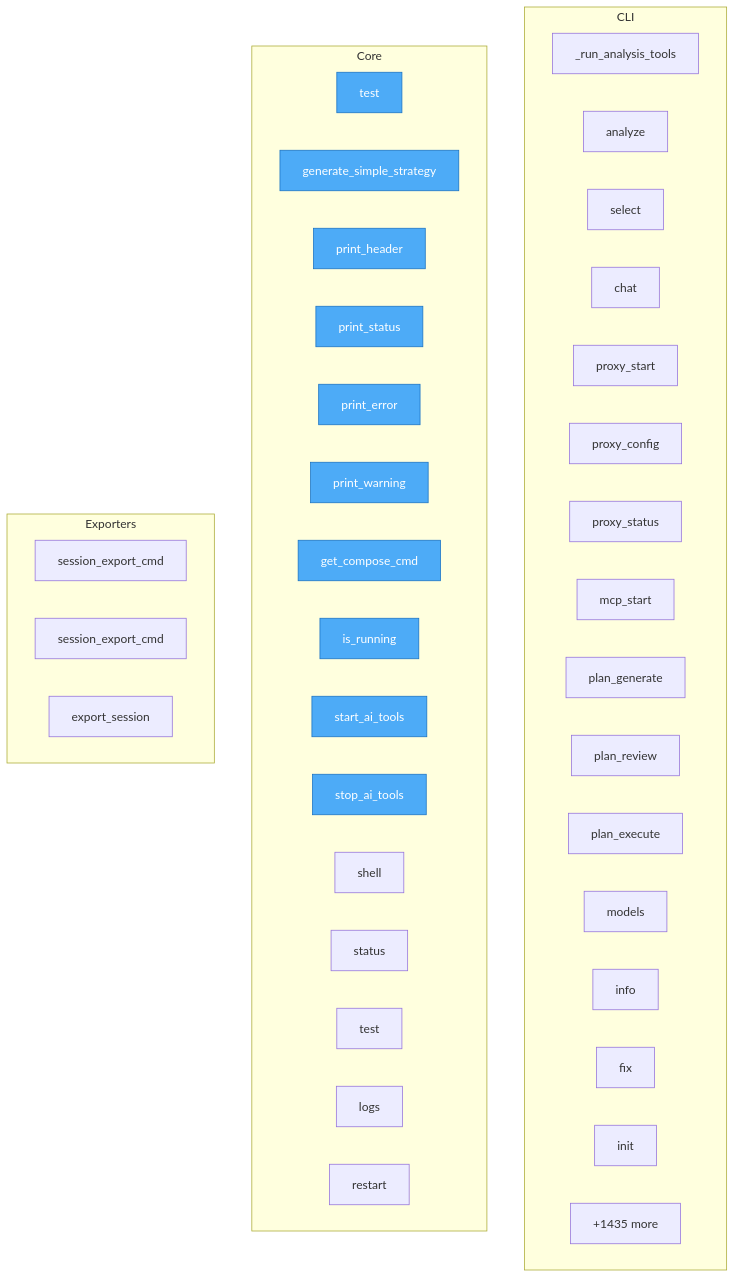
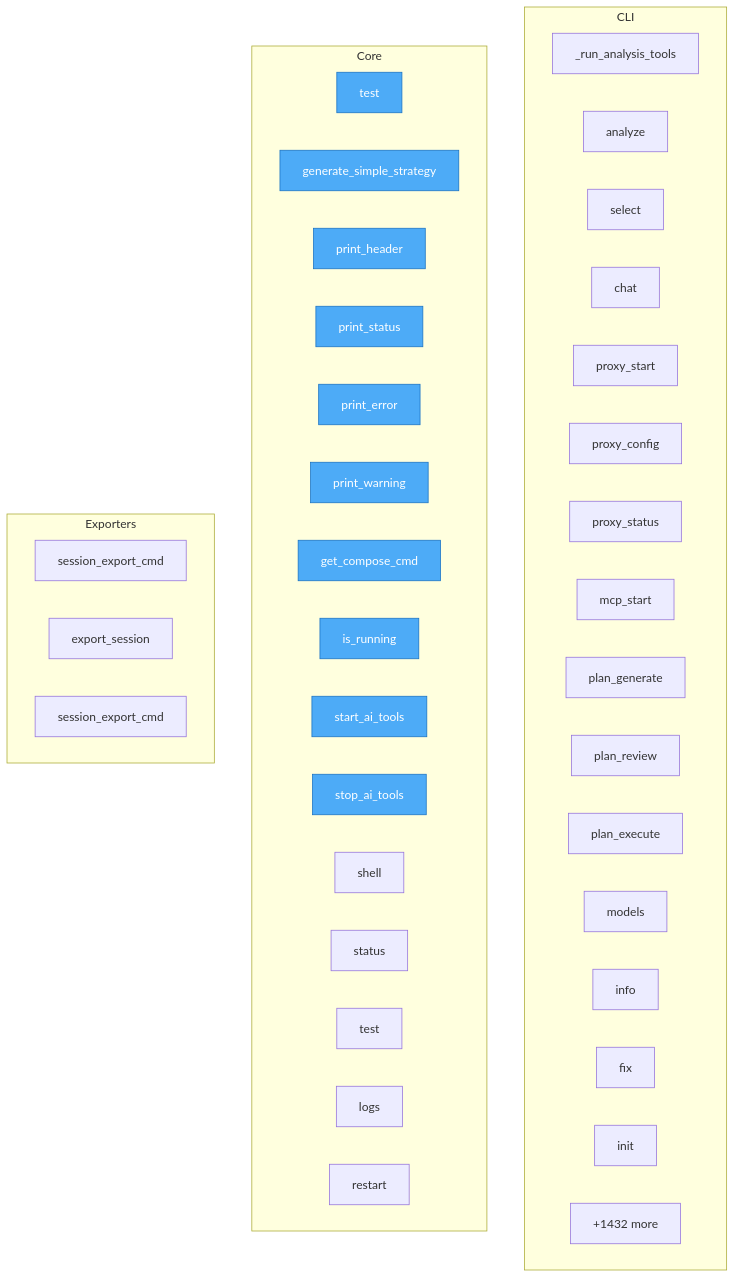
Before and after one commit to semcod/llx: the diagram in project/flow.mmd, drawn with Mermaid. The commit also changed 33 other files, not shown here.

```diff
--- a/project/flow.mmd
+++ b/project/flow.mmd
@@ -1,50 +1,50 @@
 flowchart TD
 
     %% Entry points (blue)
     classDef entry fill:#4dabf7,stroke:#1971c2,color:#fff
 
     subgraph CLI
         llx__cli__app___run_analysis_tools["_run_analysis_tools"]
         llx__cli__app__analyze["analyze"]
         llx__cli__app__select["select"]
         llx__cli__app__chat["chat"]
         llx__cli__app__proxy_start["proxy_start"]
         llx__cli__app__proxy_config["proxy_config"]
         llx__cli__app__proxy_status["proxy_status"]
         llx__cli__app__mcp_start["mcp_start"]
         llx__cli__app__plan_generate["plan_generate"]
         llx__cli__app__plan_review["plan_review"]
         llx__cli__app__plan_execute["plan_execute"]
         llx__cli__app__models["models"]
         llx__cli__app__info["info"]
         llx__cli__app__fix["fix"]
         llx__cli__app__init["init"]
         ...["+23 more"]
     end
 
     subgraph Core
         trace__test["test"]
         simple_generate__generate_simple_strategy["generate_simple_strategy"]
         ai_tools_manage__print_header["print_header"]
         ai_tools_manage__print_status["print_status"]
         ai_tools_manage__print_error["print_error"]
         ai_tools_manage__print_warning["print_warning"]
         ai_tools_manage__get_compose_cmd["get_compose_cmd"]
         ai_tools_manage__is_running["is_running"]
         ai_tools_manage__start_ai_tools["start_ai_tools"]
         ai_tools_manage__stop_ai_tools["stop_ai_tools"]
         ai_tools_manage__shell["shell"]
         ai_tools_manage__status["status"]
         ai_tools_manage__test["test"]
         ai_tools_manage__logs["logs"]
         ai_tools_manage__restart["restart"]
-        ...["+1435 more"]
+        ...["+1432 more"]
     end
 
     subgraph Exporters
-        project__map__toon__session_export_cmd["session_export_cmd"]
         llx__prellm__cli__session_export_cmd["session_export_cmd"]
         llx__prellm__context__user_memory__UserMemory__export_session["export_session"]
+        project__map__toon__session_export_cmd["session_export_cmd"]
     end
 
     class trace__test,simple_generate__generate_simple_strategy,ai_tools_manage__print_header,ai_tools_manage__print_status,ai_tools_manage__print_error,ai_tools_manage__print_warning,ai_tools_manage__get_compose_cmd,ai_tools_manage__is_running,ai_tools_manage__start_ai_tools,ai_tools_manage__stop_ai_tools entry
```
